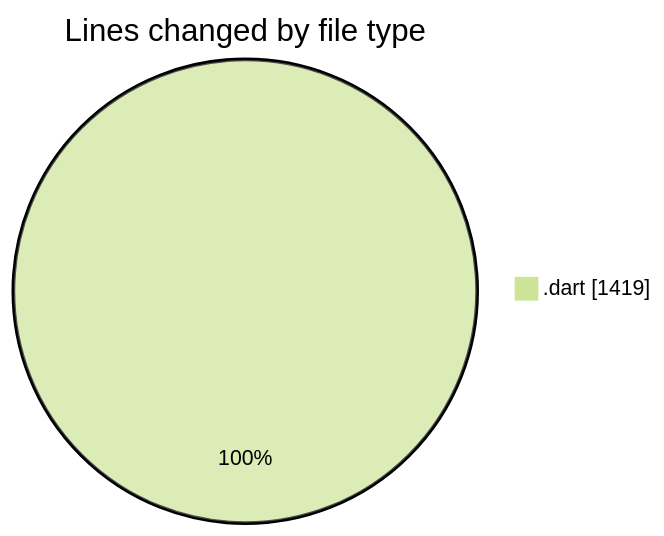
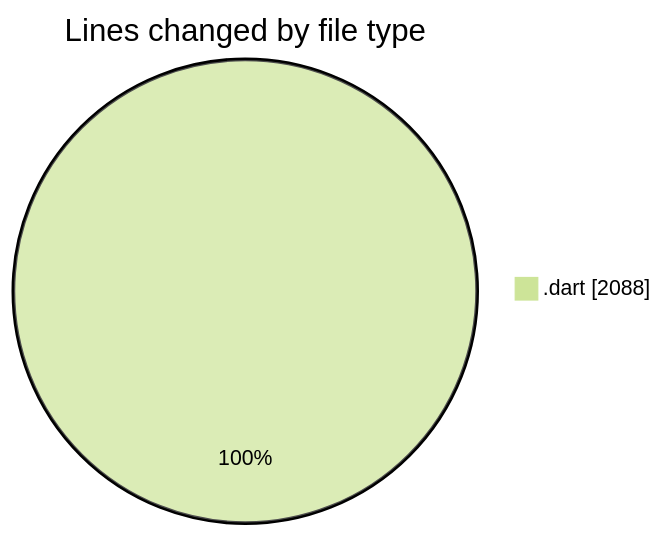
Before and after one commit to lephambinh05/code-tracking: the first of 2 diagrams in 2025-07-29/appproject/README.md, drawn with Mermaid (forest theme). The commit also changed other lines of this file and 1 other file, not shown here.

````diff
--- a/2025-07-29/appproject/README.md
+++ b/2025-07-29/appproject/README.md
@@ -25,5 +29,5 @@
 ```mermaid
 pie showData
 title Lines changed by file type
-".dart" : 1419
+".dart" : 2088
 ```
````
